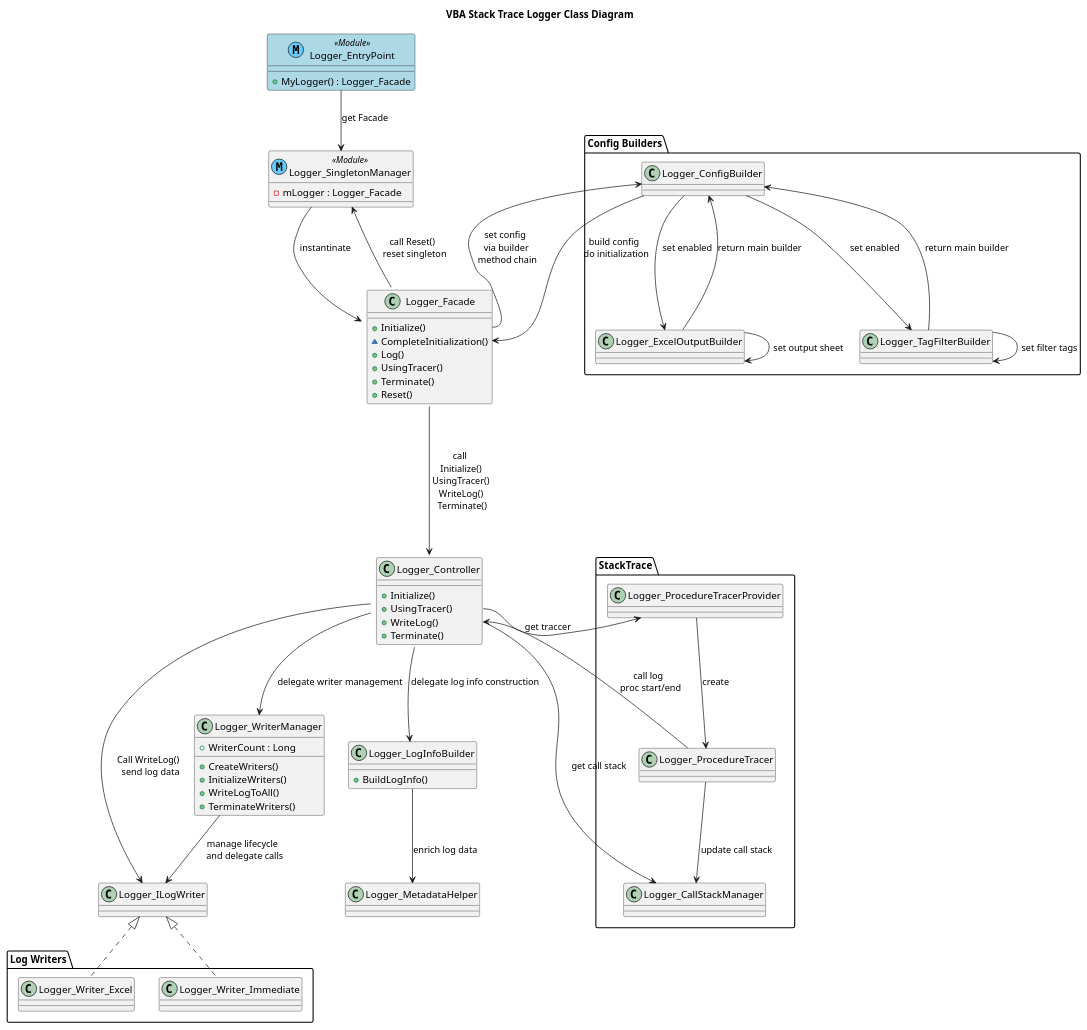
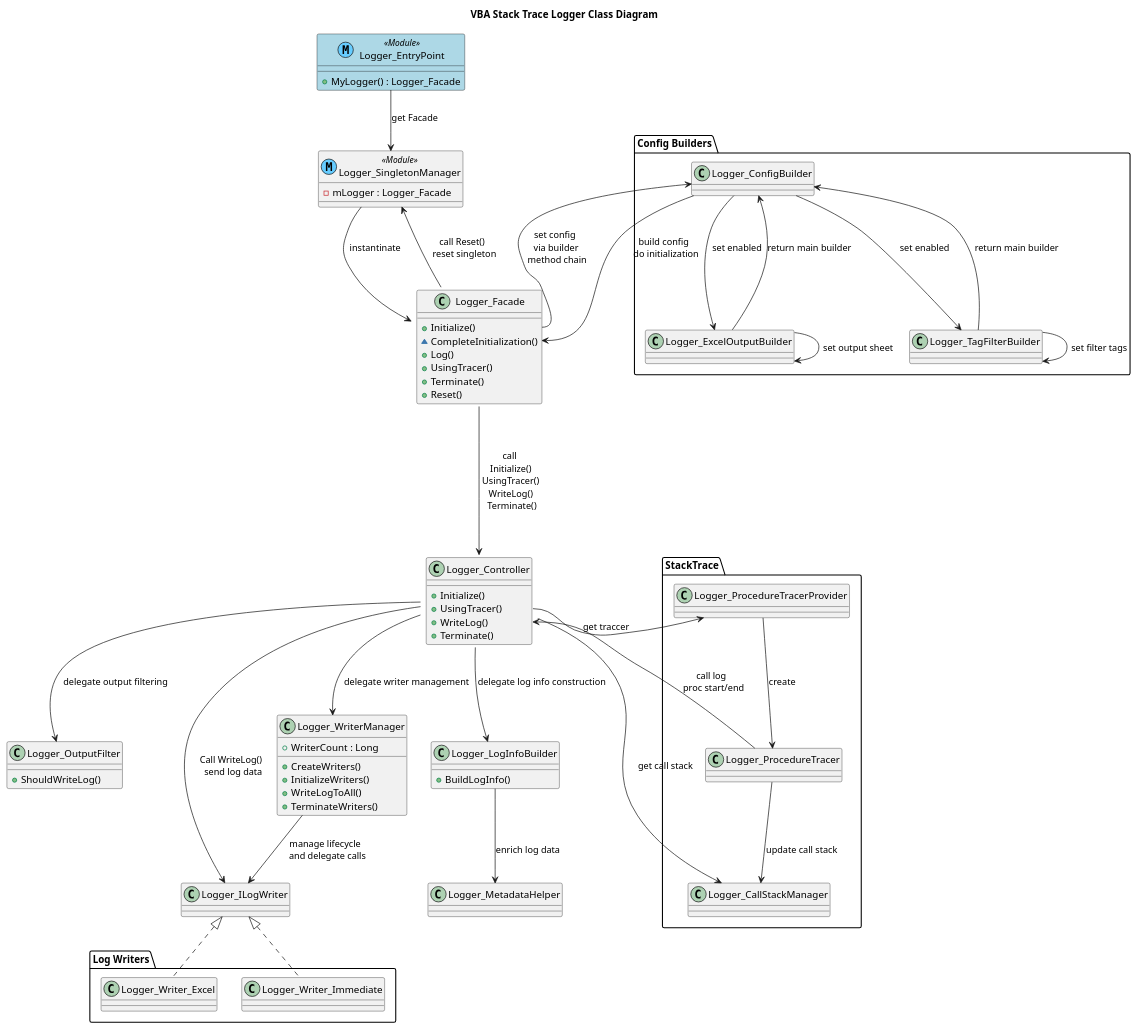
The diagram in docs/クラス図.puml (ryuryu333/vba_stack_trace_logger), drawn with PlantUML before and after one commit. The commit also changed 3 other files, not shown here.

```diff
--- a/docs/クラス図.puml
+++ b/docs/クラス図.puml
@@ -1,137 +1,143 @@
 @startuml Class Diagram
 title VBA Stack Trace Logger Class Diagram
 
 ' User use logger through Logger_EntryPoint.MyLogger
 ' e.g. MyLogger.Log "Message"
 class Logger_EntryPoint << (M,66CCFF) Module >> #LightBlue ##black {
     + MyLogger() : Logger_Facade
 }
 
 class Logger_SingletonManager << (M,66CCFF) Module >> {
     - mLogger : Logger_Facade
 }
 
 ' Logger API
 class Logger_Facade {
     + Initialize()
     ~ CompleteInitialization()
     + Log()
     + UsingTracer()
     + Terminate()
     + Reset()
 }
 
 Logger_EntryPoint --> Logger_SingletonManager : get Facade
 Logger_SingletonManager --> Logger_Facade : instantinate
 Logger_Facade --> Logger_SingletonManager : call Reset() \n reset singleton
 
 ' Logger main logic
 ' e.g. "Logger_Facade.log" call "Logger_Controller.WriteLog"
 class Logger_Controller {
     + Initialize()
     + UsingTracer()
     + WriteLog()
     + Terminate()
 }
 
 ' Writer management - extracted from Controller
 class Logger_WriterManager {
     + CreateWriters()
     + InitializeWriters()
     + WriteLogToAll()
     + TerminateWriters()
     + WriterCount : Long
 }
 
 ' Log information construction - extracted from Controller
 class Logger_LogInfoBuilder {
     + BuildLogInfo()
 }
 
+' Log output filtering - extracted from Controller
+class Logger_OutputFilter {
+    + ShouldWriteLog()
+}
+
 Logger_Facade ---> Logger_Controller : call \n Initialize() \n UsingTracer() \n WriteLog() \n Terminate()
 Logger_Controller --> Logger_WriterManager : delegate writer management
 Logger_Controller --> Logger_LogInfoBuilder : delegate log info construction
+Logger_Controller --> Logger_OutputFilter : delegate output filtering
 
 ' User initialize logger through Logger_Facade.Initialize
 ' Setting values are defined through builders
 ' e.g. MyLogger.Initialize.EnabledStckTrace.Build
 package "Config Builders" {
     ' Main builder
     class Logger_ConfigBuilder {
     }
     ' Sub builders
     ' When user call "Logger_ConfigBuilder.EnableWriteToExcelSheet",
     ' next chain is only "Logger_ExcelOutputBuilder.SetOutputExcelSheet"
     class Logger_ExcelOutputBuilder {
     }
     class Logger_TagFilterBuilder {
     }
 }
 
 Logger_Facade::Initialize --> Logger_ConfigBuilder : set config \n via builder \n method chain
 
 Logger_ConfigBuilder --> Logger_ExcelOutputBuilder : set enabled
 Logger_ExcelOutputBuilder --> Logger_ExcelOutputBuilder : set output sheet
 Logger_ExcelOutputBuilder --> Logger_ConfigBuilder : return main builder
 
 Logger_ConfigBuilder --> Logger_TagFilterBuilder : set enabled
 Logger_TagFilterBuilder --> Logger_TagFilterBuilder : set filter tags
 Logger_TagFilterBuilder --> Logger_ConfigBuilder : return main builder
 
 Logger_ConfigBuilder --> Logger_Facade::CompleteInitialization : build config \n do initialization
 
 ' Enrich log data with metadata
 class Logger_MetadataHelper {
 }
 
 Logger_LogInfoBuilder --> Logger_MetadataHelper : enrich log data
 
 ' Strategy pattern
 class Logger_ILogWriter {
 }
 package "Log Writers" {
     class Logger_Writer_Excel {
     }
     class Logger_Writer_Immediate {
     }
 }
 
 Logger_Controller --> Logger_ILogWriter : Call WriteLog() \n send log data
 Logger_WriterManager --> Logger_ILogWriter : manage lifecycle \n and delegate calls
 Logger_ILogWriter <|.. Logger_Writer_Excel
 Logger_ILogWriter <|.. Logger_Writer_Immediate
 
 package "StackTrace" {
     ' Manages call stack information
     class Logger_CallStackManager {
     }
     ' Trace procedure start/end, and call methods
     ' Like RAII, catch start via constructor, end via destructor
     ' User instance this class in procedure first scope
     ' e.g. Dim scopeGuard = MyLogger.UsingTracer("ModuleName", "ProcedureName")
     class Logger_ProcedureTracer {
     }
     ' Provides procedure tracer instance
     class Logger_ProcedureTracerProvider {
     }
 
     Logger_Controller ---> Logger_CallStackManager : get call stack
     Logger_Controller::UsingTracer ---> Logger_ProcedureTracerProvider : get traccer
     Logger_ProcedureTracerProvider --> Logger_ProcedureTracer : create
     Logger_ProcedureTracer --> Logger_CallStackManager : update call stack
     Logger_ProcedureTracer --> Logger_Controller::WriteLog  : call log \n proc start/end
 }
 
 remove @unlinked
 '===  hidden classes ===
 class Logger_LogInfoStruct {
 }
 class Logger_ConfigStruct {
 }
 class Logger_DataStruct << (M,66CCFF) Module >> #LightBlue ##black{
     + LoggerLogTag : Enum
 }
 class Logger_Constants {
 }
 
 @enduml
```
